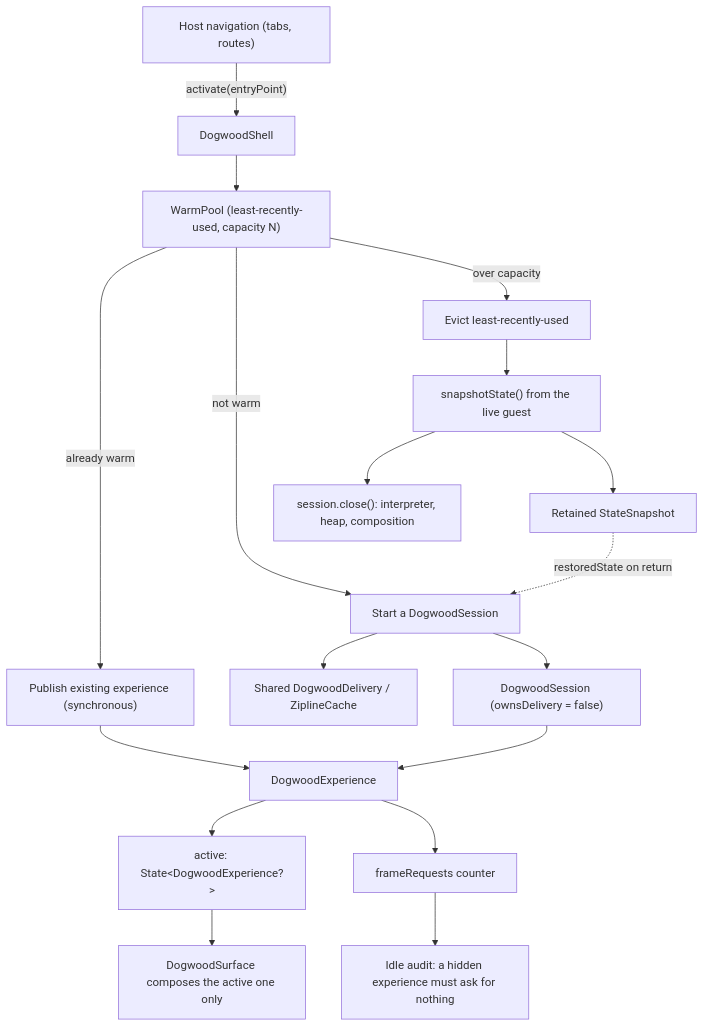
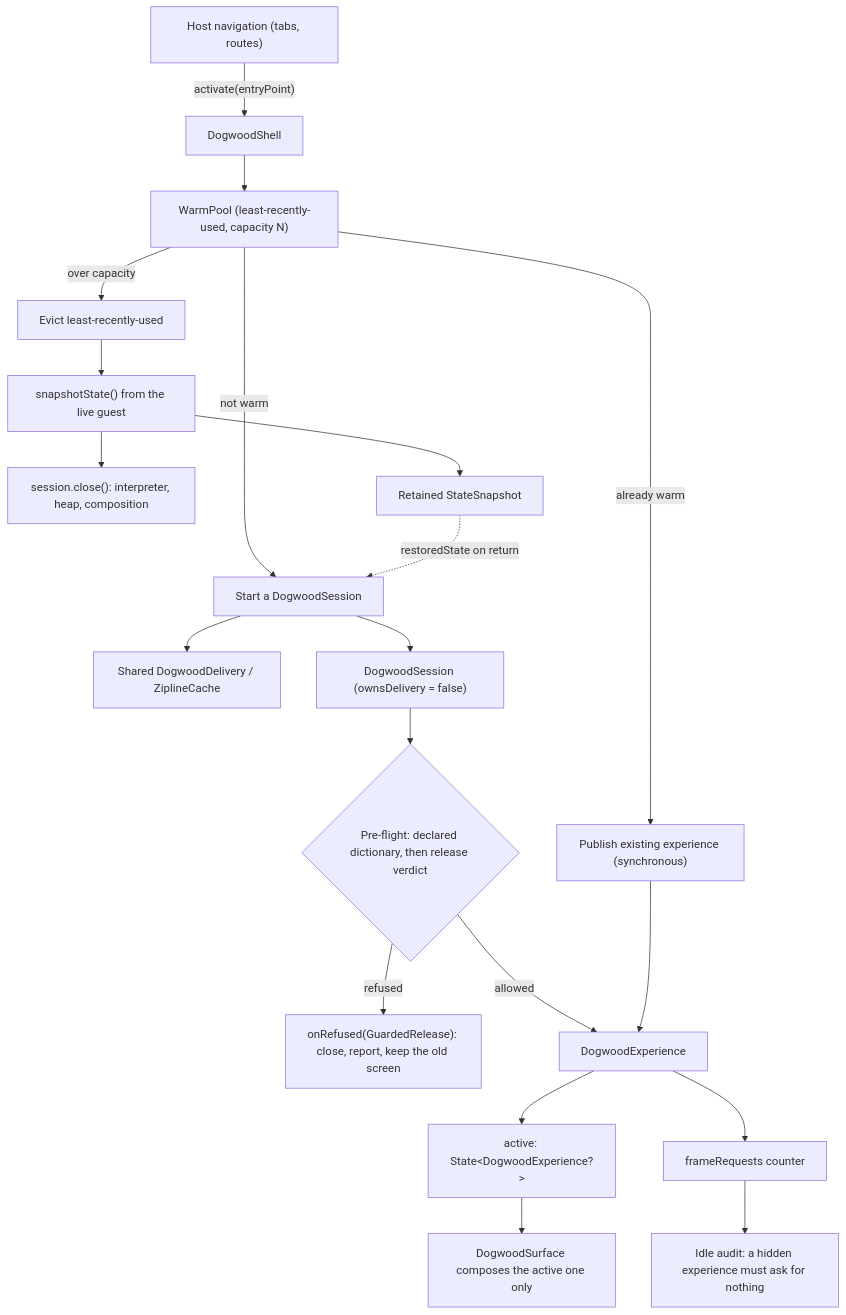
The seventh of 7 diagrams in specs/layer-5-host.md (teegarcs/dogwood), drawn with Mermaid before and after one commit. The commit also changed other lines of this file and 27 other files, not shown here.

````diff
--- a/specs/layer-5-host.md
+++ b/specs/layer-5-host.md
@@ -561,23 +561,25 @@
 ```mermaid
 flowchart TD
     Host["Host navigation (tabs, routes)"] -->|"activate(entryPoint)"| Shell["DogwoodShell"]
     Shell --> Pool["WarmPool (least-recently-used, capacity N)"]
     Pool -->|"already warm"| Republish["Publish existing experience (synchronous)"]
     Pool -->|"not warm"| Start["Start a DogwoodSession"]
     Pool -->|"over capacity"| Evict["Evict least-recently-used"]
 
     Evict --> Snap["snapshotState() from the live guest"]
     Snap --> Close["session.close(): interpreter, heap, composition"]
     Snap --> Keep["Retained StateSnapshot"]
     Keep -.->|"restoredState on return"| Start
 
     Start --> Delivery["Shared DogwoodDelivery / ZiplineCache"]
     Start --> Session["DogwoodSession (ownsDelivery = false)"]
-    Session --> Experience["DogwoodExperience"]
+    Session --> Gate{"Pre-flight: declared dictionary, then release verdict"}
+    Gate -- "refused" --> Refused["onRefused(GuardedRelease): close, report, keep the old screen"]
+    Gate -- "allowed" --> Experience["DogwoodExperience"]
     Republish --> Experience
     Experience --> Active["active: State&lt;DogwoodExperience?&gt;"]
     Active --> Surface["DogwoodSurface composes the active one only"]
 
     Experience --> Counter["frameRequests counter"]
     Counter --> Audit["Idle audit: a hidden experience must ask for nothing"]
 ```
````
